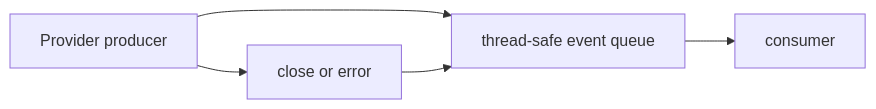
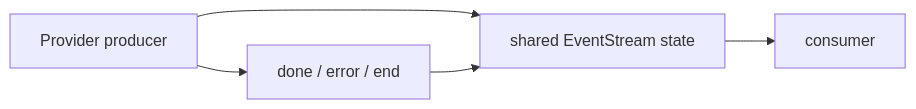
The third of 3 diagrams in docs/design/v0.0.2.md (CPythoner/pi-cpp), drawn with Mermaid before and after one commit. The commit also changed other lines of this file and 1 other file, not shown here.

````diff
--- a/docs/design/v0.0.2.md
+++ b/docs/design/v0.0.2.md
@@ -180,7 +217,7 @@
 ```mermaid
 flowchart LR
-    PRODUCER["Provider producer"] --> Q["thread-safe event queue"]
+    PRODUCER["Provider producer"] --> Q["shared EventStream state"]
     Q --> CONSUMER["consumer"]
-    PRODUCER --> CLOSE["close or error"]
-    CLOSE --> Q
+    PRODUCER --> TERM["done / error / end"]
+    TERM --> Q
 ```
````
